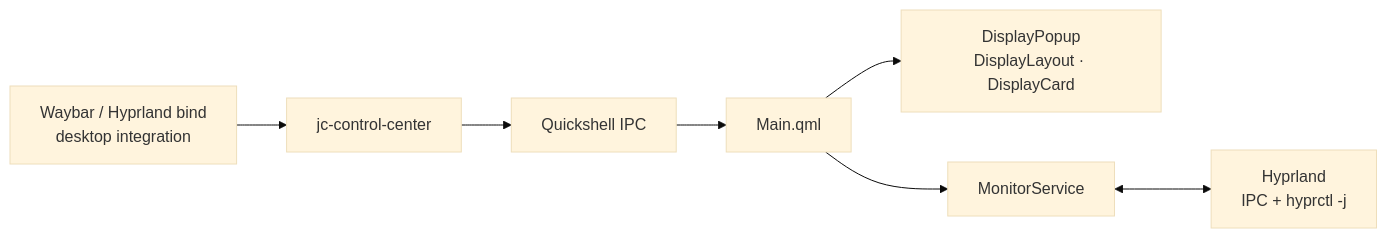
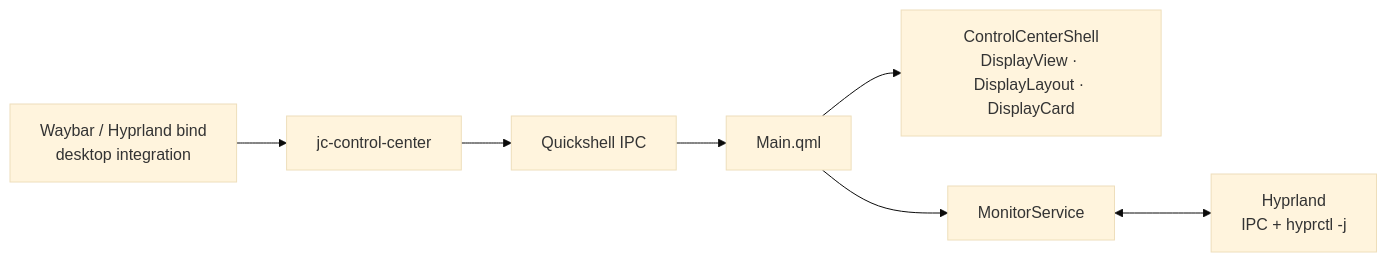
Before and after one commit to jcpina83/jc-hyprland-dotfiles: the second of 3 diagrams in README.md, drawn with Mermaid (base theme). The commit also changed other lines of this file and 8 other files, not shown here.

Commit message:
refactor(quickshell): consolidate generic control center IPC

````diff
--- a/README.md
+++ b/README.md
@@ -216,17 +216,17 @@
 ```mermaid
 flowchart LR
     WB["Waybar / Hyprland bind<br/>desktop integration"]
     WR["jc-control-center"]
     IPC["Quickshell IPC"]
     MAIN["Main.qml"]
-    UI["DisplayPopup<br/>DisplayLayout · DisplayCard"]
+    UI["ControlCenterShell<br/>DisplayView · DisplayLayout · DisplayCard"]
     MS["MonitorService"]
     HY["Hyprland<br/>IPC + hyprctl -j"]
 
     WB --> WR
     WR --> IPC
     IPC --> MAIN
     MAIN --> UI
     MAIN --> MS
     MS <--> HY
 ```
````
